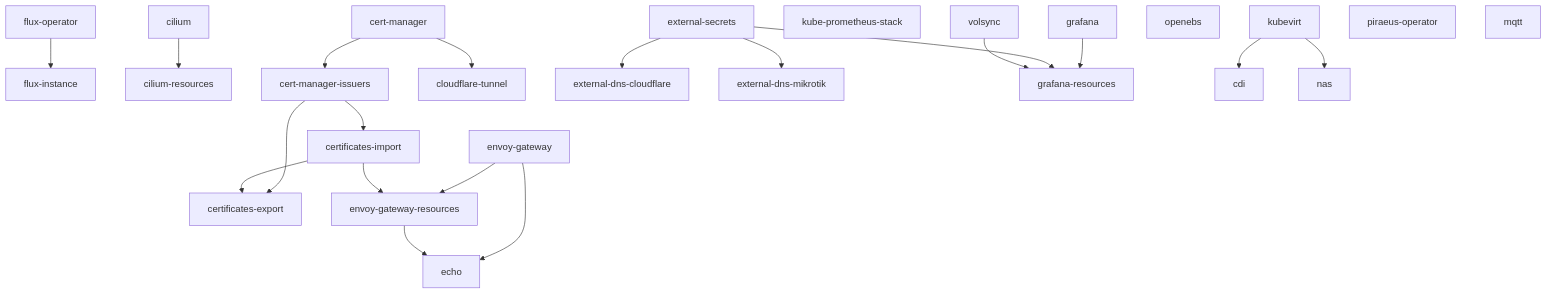
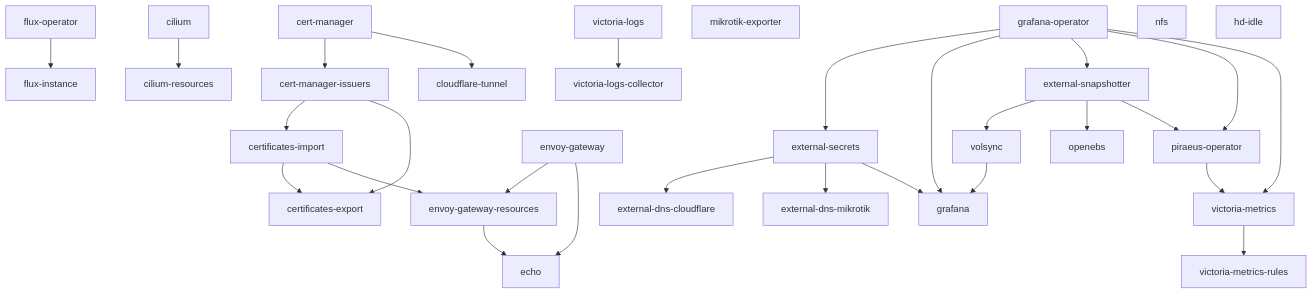
Before and after one commit to kid/home-ops: the diagram in docs/app-dependencies.md, drawn with Mermaid. The commit also changed other lines of this file and 15 other files, not shown here.

````diff
--- a/docs/app-dependencies.md
+++ b/docs/app-dependencies.md
@@ -5,48 +5,59 @@
 ```mermaid
 graph TD
 
   flux_operator["flux-operator"]
   flux_instance["flux-instance"]
   cilium["cilium"]
   cilium_resources["cilium-resources"]
   external_secrets["external-secrets"]
   cert_manager["cert-manager"]
   cert_manager_issuers["cert-manager-issuers"]
   certificates_import["certificates-import"]
   certificates_export["certificates-export"]
   envoy_gateway["envoy-gateway"]
   envoy_gateway_resources["envoy-gateway-resources"]
   cloudflare_tunnel["cloudflare-tunnel"]
   external_dns_cf["external-dns-cloudflare"]
   external_dns_mikrotik["external-dns-mikrotik"]
   echo["echo"]
-  kube_prometheus_stack["kube-prometheus-stack"]
+  grafana_operator["grafana-operator"]
   grafana["grafana"]
-  grafana_resources["grafana-resources"]
-  kubevirt["kubevirt"]
-  cdi["cdi"]
+  mikrotik_exporter["mikrotik-exporter"]
+  victoria_metrics["victoria-metrics"]
+  victoria_metrics_rules["victoria-metrics-rules"]
+  victoria_logs["victoria-logs"]
+  victoria_logs_collector["victoria-logs-collector"]
+  nfs["nfs"]
+  hd_idle["hd-idle"]
   openebs["openebs"]
+  external_snapshotter["external-snapshotter"]
   volsync["volsync"]
   piraeus_operator["piraeus-operator"]
-  nas["nas"]
-  mqtt["mqtt"]
 
   flux_operator --> flux_instance
   cilium --> cilium_resources
   cert_manager --> cert_manager_issuers
   cert_manager --> cloudflare_tunnel
   cert_manager_issuers --> certificates_import
   cert_manager_issuers --> certificates_export
   certificates_import --> certificates_export
   envoy_gateway --> envoy_gateway_resources
   certificates_import --> envoy_gateway_resources
   envoy_gateway --> echo
   envoy_gateway_resources --> echo
-  grafana --> grafana_resources
-  kubevirt --> cdi
-  kubevirt --> nas
+  grafana_operator --> external_secrets
+  grafana_operator --> grafana
+  grafana_operator --> external_snapshotter
+  grafana_operator --> piraeus_operator
+  grafana_operator --> victoria_metrics
   external_secrets --> external_dns_cf
   external_secrets --> external_dns_mikrotik
-  external_secrets --> grafana_resources
-  volsync --> grafana_resources
+  external_secrets --> grafana
+  external_snapshotter --> volsync
+  external_snapshotter --> openebs
+  external_snapshotter --> piraeus_operator
+  volsync --> grafana
+  piraeus_operator --> victoria_metrics
+  victoria_metrics --> victoria_metrics_rules
+  victoria_logs --> victoria_logs_collector
 ```
````
